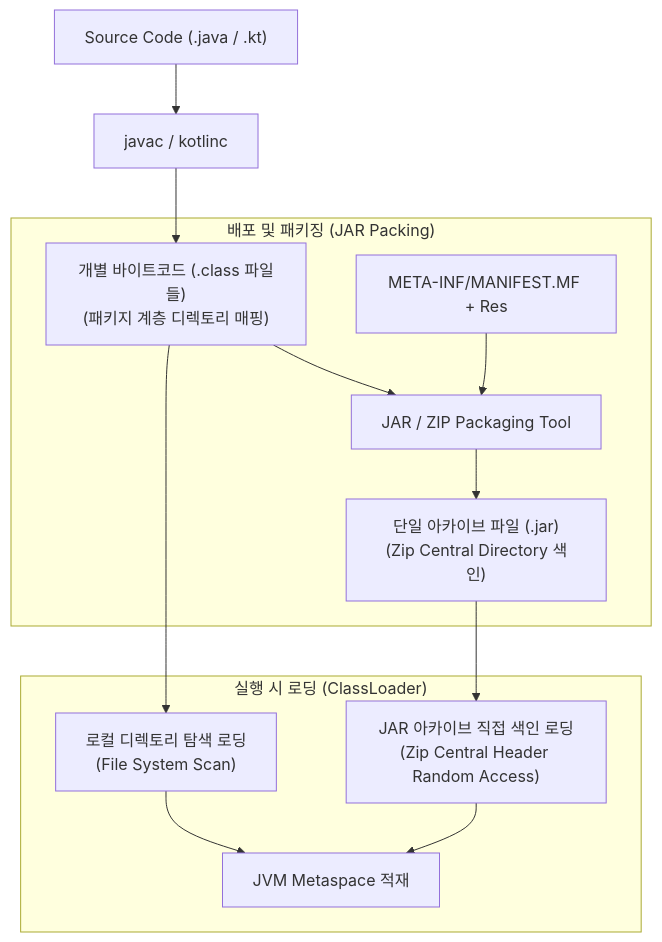
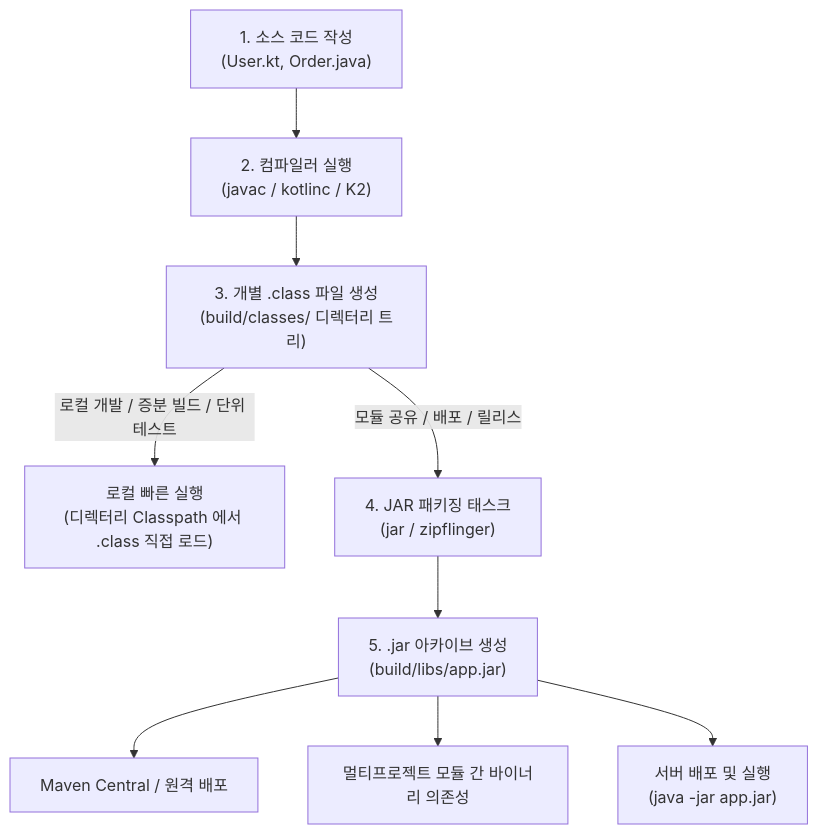
One commit to youngmin-gwon/what-i-studied changed the first of 2 diagrams in 01_inbox/computer-science/jvm-bytecode-and-jar-archive.md. Above: the diagram before and after it, drawn with Mermaid. The commit also changed other lines of this file and 2 other files, not shown here.

````diff
--- a/01_inbox/computer-science/jvm-bytecode-and-jar-archive.md
+++ b/01_inbox/computer-science/jvm-bytecode-and-jar-archive.md
@@ -17,18 +17,16 @@
 ```mermaid
 flowchart TD
-    Src["Source Code (.java / .kt)"] --> Compiler["javac / kotlinc"]
-    Compiler --> Classes["개별 바이트코드 (.class 파일들)<br/>(패키지 계층 디렉토리 매핑)"]
+    Src["1. 소스 코드 작성<br/>(User.kt, Order.java)"] --> Compile["2. 컴파일러 실행<br/>(javac / kotlinc / K2)"]
     
-    subgraph "배포 및 패키징 (JAR Packing)"
-        Classes --> JarTool["JAR / ZIP Packaging Tool"]
-        Meta["META-INF/MANIFEST.MF + Res"] --> JarTool
-        JarTool --> JAR["단일 아카이브 파일 (.jar)<br/>(Zip Central Directory 색인)"]
-    end
-
-    subgraph "실행 시 로딩 (ClassLoader)"
-        Classes --> LocalLoad["로컬 디렉토리 탐색 로딩<br/>(File System Scan)"]
-        JAR --> JarLoad["JAR 아카이브 직접 색인 로딩<br/>(Zip Central Header Random Access)"]
-        LocalLoad --> JVM["JVM Metaspace 적재"]
-        JarLoad --> JVM
-    end
+    Compile --> Classes["3. 개별 .class 파일 생성<br/>(build/classes/ 디렉터리 트리)"]
+    
+    Classes -->|로컬 개발 / 증분 빌드 / 단위 테스트| LocalExec["로컬 빠른 실행<br/>(디렉터리 Classpath 에서 .class 직접 로드)"]
+    
+    Classes -->|모듈 공유 / 배포 / 릴리스| JarTask["4. JAR 패키징 태스크<br/>(jar / zipflinger)"]
+    
+    JarTask --> JAR["5. .jar 아카이브 생성<br/>(build/libs/app.jar)"]
+    
+    JAR --> Remote["Maven Central / 원격 배포"]
+    JAR --> InterModule["멀티프로젝트 모듈 간 바이너리 의존성"]
+    JAR --> ProdExec["서버 배포 및 실행<br/>(java -jar app.jar)"]
 ```
````
